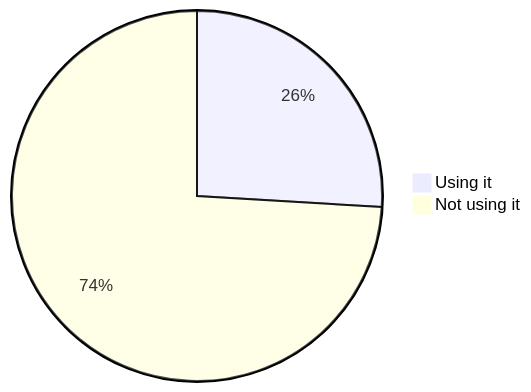
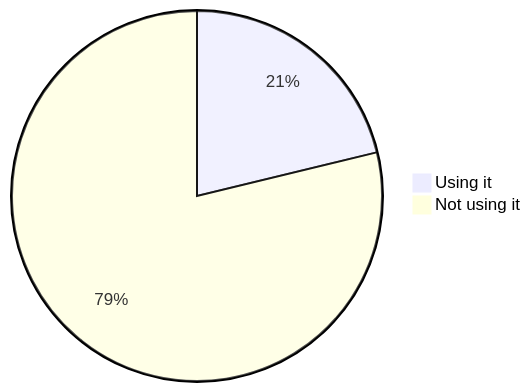
Diagram 14 of 22 in stats.md (oshp/oshp-stats), drawn with Mermaid before and after one commit. The commit also changed other lines of this file, not shown here.

````diff
--- a/stats.md
+++ b/stats.md
@@ -166,6 +166,6 @@
 ```mermaid
 pie
-	"Using it" : 25.95
-	"Not using it" : 74.05
+	"Using it" : 21.21
+	"Not using it" : 78.79
 
 ```
````
